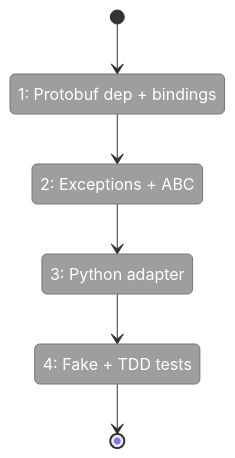
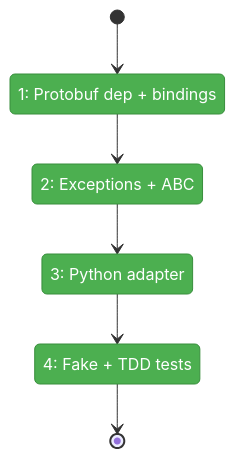
Before and after one commit to AI-Substrate/flow_squared: the first of 2 diagrams in docs/plans/038-scip-cross-file-rels/tasks/phase-1-scip-adapter-foundation/tasks.fltplan.md, drawn with Mermaid. The commit also changed other lines of this file and 12 other files, not shown here.

````diff
--- a/docs/plans/038-scip-cross-file-rels/tasks/phase-1-scip-adapter-foundation/tasks.fltplan.md
+++ b/docs/plans/038-scip-cross-file-rels/tasks/phase-1-scip-adapter-foundation/tasks.fltplan.md
@@ -40,20 +40,20 @@
 ```mermaid
 stateDiagram-v2
     classDef pending fill:#9E9E9E,stroke:#757575,color:#fff
     classDef active fill:#FFC107,stroke:#FFA000,color:#000
     classDef done fill:#4CAF50,stroke:#388E3C,color:#fff
     classDef blocked fill:#F44336,stroke:#D32F2F,color:#fff
 
     state "1: Protobuf dep + bindings" as S1
     state "2: Exceptions + ABC" as S2
     state "3: Python adapter" as S3
     state "4: Fake + TDD tests" as S4
 
     [*] --> S1
     S1 --> S2
     S2 --> S3
     S3 --> S4
     S4 --> [*]
 
-    class S1,S2,S3,S4 pending
+    class S1,S2,S3,S4 done
 ```
````
